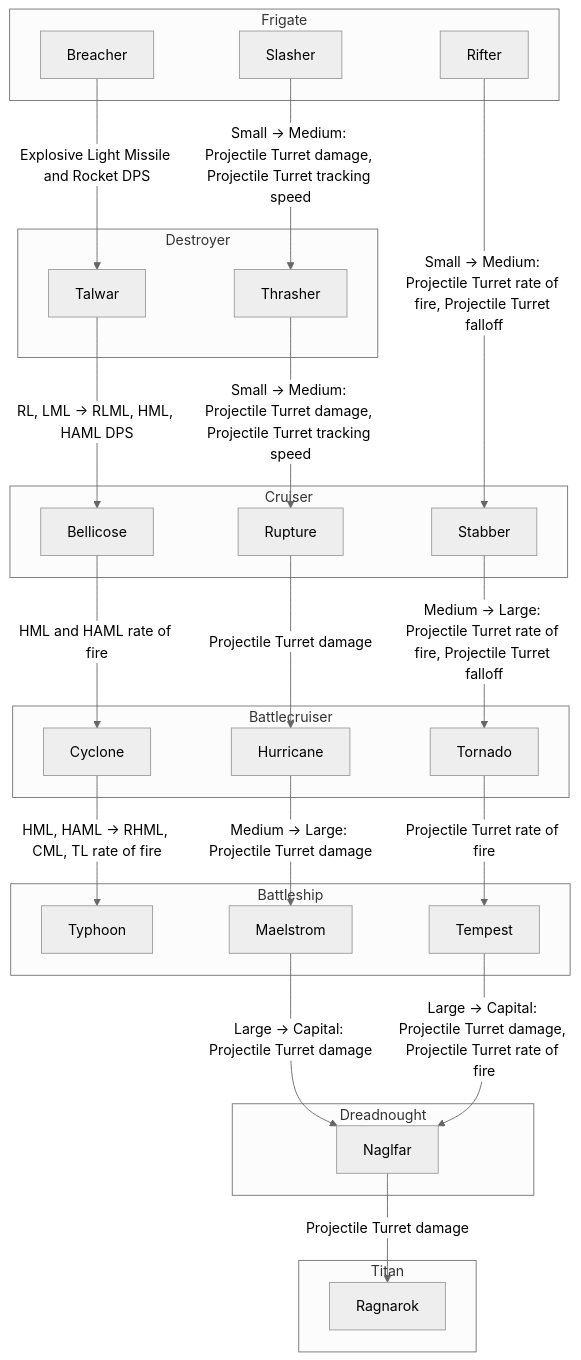
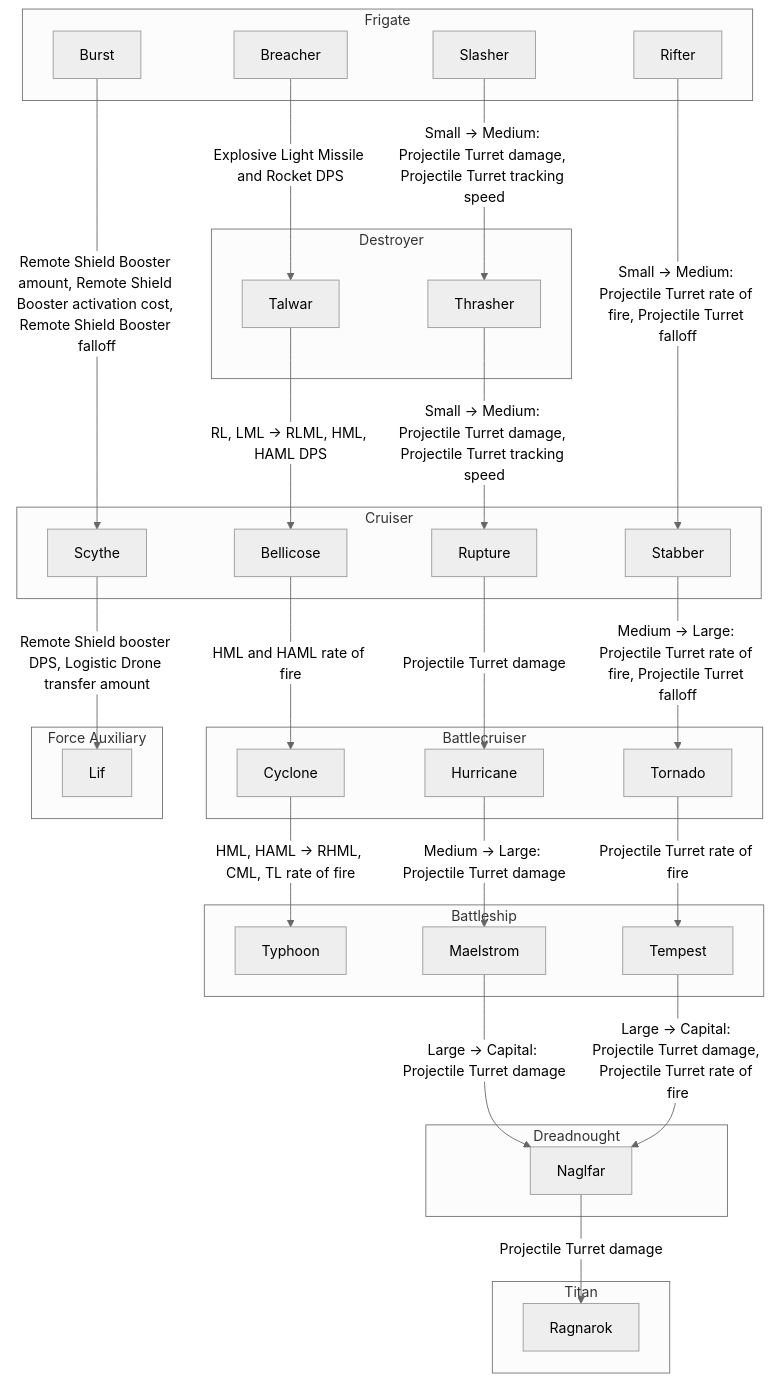
One commit to Skybladev2/EveShipsProgression changed the diagram in README.md. Above: the diagram before and after it, drawn with Mermaid (neutral theme).

````diff
--- a/README.md
+++ b/README.md
@@ -5,51 +5,58 @@
 ```mermaid
 flowchart
 	
 	
 	
 	subgraph s1["Frigate"]
+		n17["Burst"]
 		n10["Breacher"]
 		n5["Slasher"]
 		n1["Rifter"]
 	end
 	n1
 	subgraph s2["Cruiser"]
+		n18["Scythe"]
 		n12["Bellicose"]
 		n7["Rupture"]
 		n2["Stabber"]
 	end
 	n1 -->|"Small -> Medium: Projectile Turret rate of fire, Projectile Turret falloff"| n2
 	subgraph s3["Battlecruiser"]
 		n13["Cyclone"]
 		n8["Hurricane"]
 		n3["Tornado"]
 	end
 	n2 -->|"Medium -> Large: Projectile Turret rate of fire, Projectile Turret falloff"| n3
 	subgraph s4["Battleship"]
 		n14["Typhoon"]
 		n9["Maelstrom"]
 		n4["Tempest"]
 	end
 	n3 -->|"Projectile Turret rate of fire"| n4
 	subgraph s5["Destroyer"]
 		n11["Talwar"]
 		n6["Thrasher"]
 	end
 	n5 -->|"Small -> Medium: Projectile Turret damage, Projectile Turret tracking speed"| n6
 	n6 -->|"Small -> Medium: Projectile Turret damage, Projectile Turret tracking speed"| n7
 	n7 -->|"Projectile Turret damage"| n8
 	n8 -->|"Medium -> Large: Projectile Turret damage"| n9
 	n10 -->|"Explosive Light Missile and Rocket DPS"| n11
 	n11 -->|"RL, LML -> RLML, HML, HAML DPS"| n12
 	n12 -->|"HML and HAML rate of fire"| n13
 	n13 -->|" HML, HAML -> RHML, CML, TL rate of fire"| n14
 	subgraph s6["Dreadnought"]
 		n15["Naglfar"]
 	end
 	n4 -->|"Large -> Capital: Projectile Turret damage, Projectile Turret rate of fire"| n15
 	n9 -->|"Large -> Capital: Projectile Turret damage"| n15
 	subgraph s7["Titan"]
 		n16["Ragnarok"]
 	end
 	n15 -->|"Projectile Turret damage"| n16
+	n17 -->|"Remote Shield Booster amount, Remote Shield Booster activation cost, Remote Shield Booster falloff"| n18
+	subgraph s8["Force Auxiliary"]
+		n19["Lif"]
+	end
+	n18 -->|"Remote Shield booster DPS, Logistic Drone transfer amount"| n19
 ```
````
